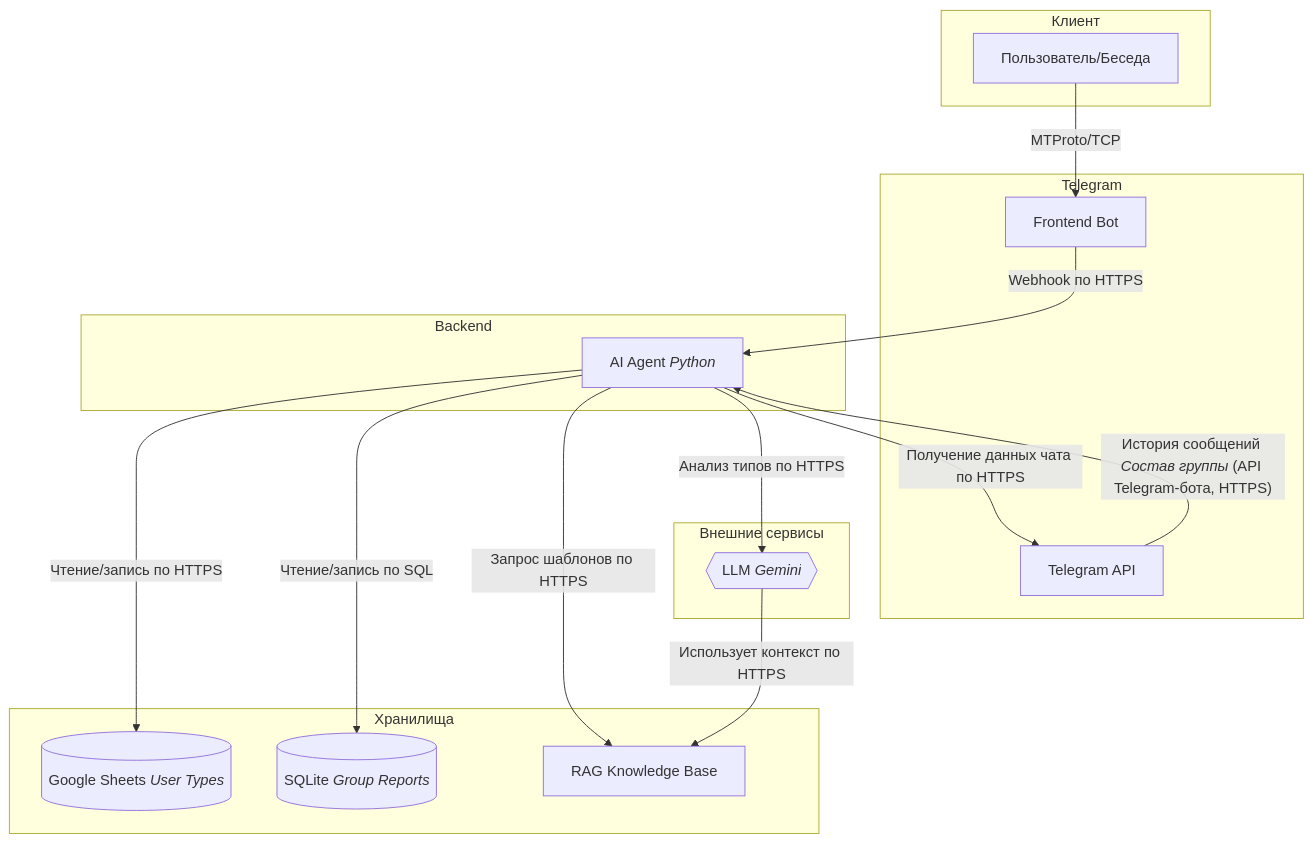
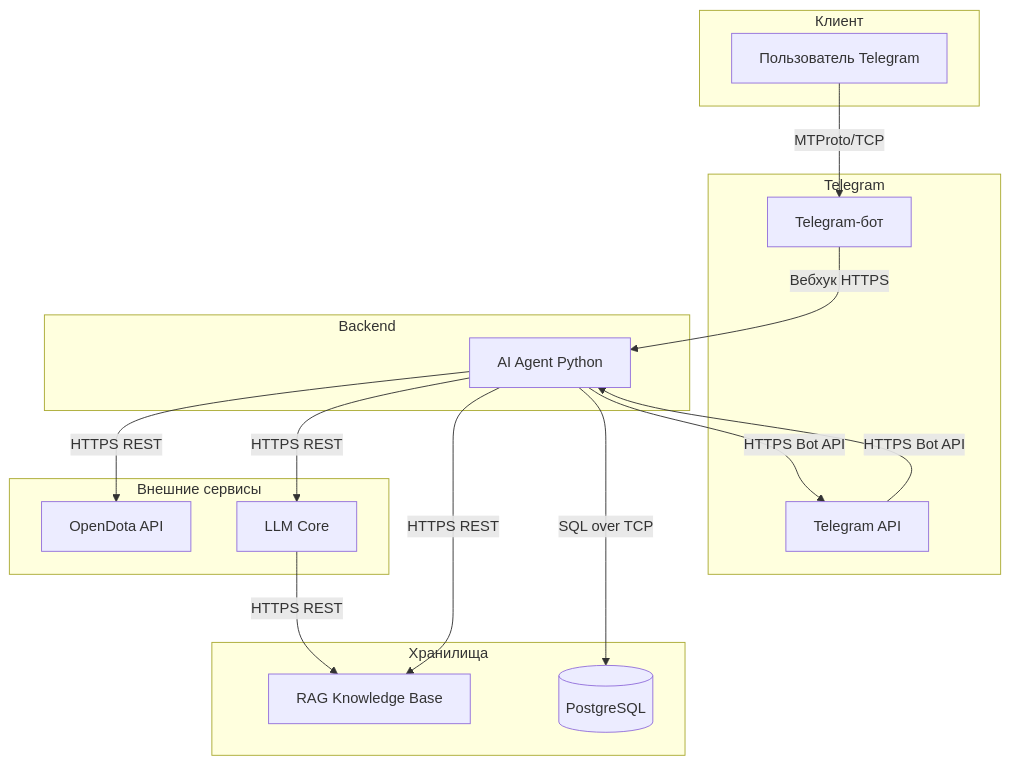
One commit to toxicneka/catlover changed the diagram in README.md. Above: the diagram before and after it, drawn with Mermaid.

````diff
--- a/README.md
+++ b/README.md
@@ -1,35 +1,35 @@
 ```mermaid
 graph TD
     subgraph "Клиент"
-        A[Пользователь/Беседа]
+        A[Пользователь Telegram] 
     end
 
     subgraph "Telegram"
-        B[Frontend Bot]
+        B[Telegram-бот]
         I[Telegram API]
     end
 
     subgraph "Backend"
-        D[AI Agent <i>Python</i>]
+        D[AI Agent Python]
     end
 
     subgraph "Хранилища"
-        E[(Google Sheets <i>User Types</i>)]
-        F[(SQLite <i>Group Reports</i>)]
         J[RAG Knowledge Base]
+        P[(PostgreSQL)]
     end
 
     subgraph "Внешние сервисы"
-        G{{LLM <i>Gemini</i>}}
+        O[OpenDota API]
+        L[LLM Core]
     end
 
     A -- MTProto/TCP --> B
-    B -- Webhook по HTTPS --> D
-    D -- Чтение/запись по HTTPS --> E
-    D -- Чтение/запись по SQL --> F
-    D -- Запрос шаблонов по HTTPS --> J
-    D -- Анализ типов по HTTPS --> G
-    D -- Получение данных чата по HTTPS --> I
-    G -- Использует контекст по HTTPS --> J
-    I -- История сообщений <i>Состав группы</i> (API Telegram-бота, HTTPS) --> D
+    B -- Вебхук HTTPS --> D
+    D -- HTTPS REST --> O
+    D -- HTTPS REST --> L
+    D -- HTTPS REST --> J
+    D -- SQL over TCP --> P
+    L -- HTTPS REST --> J
+    D -- HTTPS Bot API --> I
+    I -- HTTPS Bot API --> D
 ```
````
